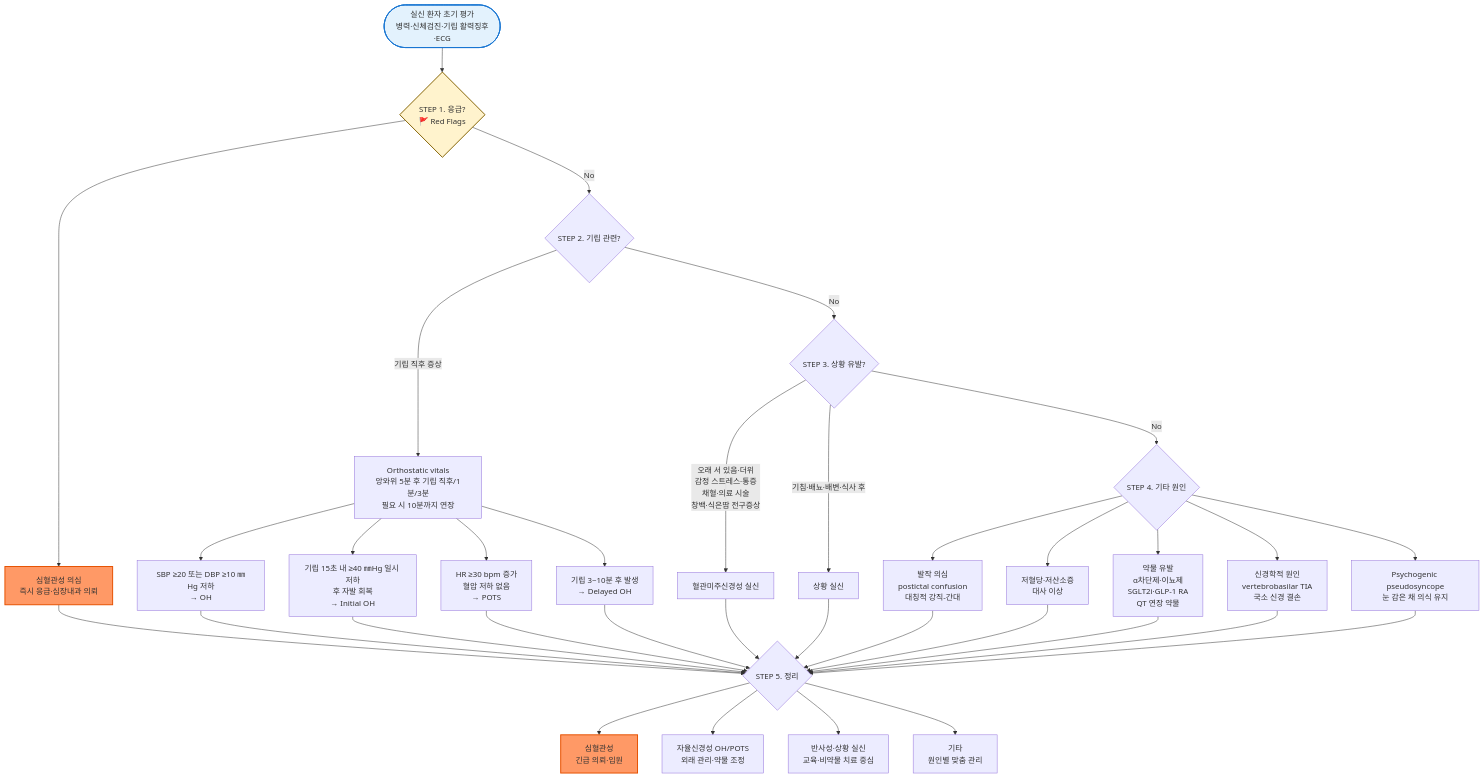
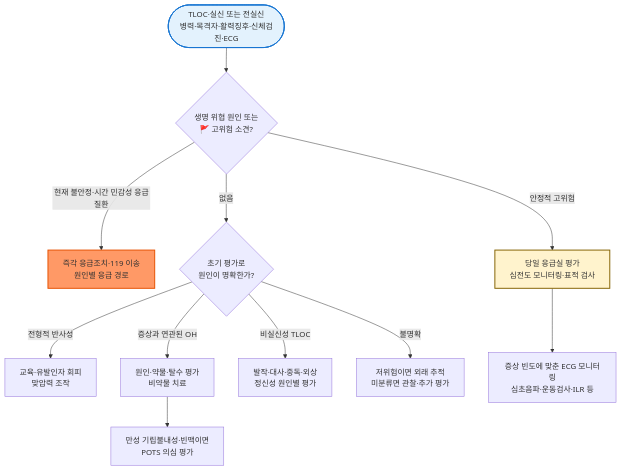
One commit to familyoh77/familyoh77 changed the diagram in 221_/021_-syncope.md. Above: the diagram before and after it, drawn with Mermaid. The commit also changed other lines of this file, not shown here.

````diff
--- a/221_/021_-syncope.md
+++ b/221_/021_-syncope.md
@@ -100,40 +119,16 @@
 ```mermaid
 graph TD
-    Start([실신 환자 초기 평가<br/>병력·신체검진·기립 활력징후·ECG]) --> S1{STEP 1. 응급?<br/>🚩 Red Flags}
-    S1 --> Cardiac[심혈관성 의심<br/>즉시 응급·심장내과 의뢰]
-    S1 -->|No| S2{STEP 2. 기립 관련?}
-    S2 -->|기립 직후 증상| OVital[Orthostatic vitals<br/>앙와위 5분 후 기립 직후/1분/3분<br/>필요 시 10분까지 연장]
-    OVital --> OH_BP[SBP ≥20 또는 DBP ≥10 ㎜Hg 저하<br/>→ OH]
-    OVital --> OH_Init[기립 15초 내 ≥40 ㎜Hg 일시 저하<br/>후 자발 회복<br/>→ Initial OH]
-    OVital --> POTS[HR ≥30 bpm 증가<br/>혈압 저하 없음<br/>→ POTS]
-    OVital --> Delayed[기립 3~10분 후 발생<br/>→ Delayed OH]
-    S2 -->|No| S3{STEP 3. 상황 유발?}
-    S3 -->|오래 서 있음·더위<br/>감정 스트레스·통증<br/>채혈·의료 시술<br/>창백·식은땀 전구증상| Vasovagal[혈관미주신경성 실신]
-    S3 -->|기침·배뇨·배변·식사 후| Situational[상황 실신]
-    S3 -->|No| S4{STEP 4. 기타 원인}
-    S4 --> Seizure[발작 의심<br/>postictal confusion<br/>대칭적 강직-간대]
-    S4 --> Metabolic[저혈당·저산소증<br/>대사 이상]
-    S4 --> Drug[약물 유발<br/>α차단제·이뇨제<br/>SGLT2i·GLP-1 RA<br/>QT 연장 약물]
-    S4 --> Neuro[신경학적 원인<br/>vertebrobasilar TIA<br/>국소 신경 결손]
-    S4 --> Psych[Psychogenic pseudosyncope<br/>눈 감은 채 의식 유지]
-    Cardiac --> Plan{STEP 5. 정리}
-    OH_BP --> Plan
-    OH_Init --> Plan
-    POTS --> Plan
-    Delayed --> Plan
-    Vasovagal --> Plan
-    Situational --> Plan
-    Seizure --> Plan
-    Metabolic --> Plan
-    Drug --> Plan
-    Neuro --> Plan
-    Psych --> Plan
-    Plan --> PlanCardiac[심혈관성<br/>긴급 의뢰·입원]
-    Plan --> PlanAuto[자율신경성 OH/POTS<br/>외래 관리·약물 조정]
-    Plan --> PlanReflex[반사성·상황 실신<br/>교육·비약물 치료 중심]
-    Plan --> PlanOther[기타<br/>원인별 맞춤 관리]
-    style Cardiac fill:#f96,stroke:#e65100,stroke-width:2px
-    style PlanCardiac fill:#f96,stroke:#e65100,stroke-width:2px
-    style S1 fill:#fff3cd,stroke:#856404,stroke-width:2px
+    Start([TLOC·실신 또는 전실신<br/>병력·목격자·활력징후·신체검진·ECG]) --> S1{생명 위협 원인 또는<br/>🚩 고위험 소견?}
+    S1 -->|현재 불안정·시간 민감성 응급질환| Emergency[즉각 응급조치·119 이송<br/>원인별 응급 경로]
+    S1 -->|안정적 고위험| High[당일 응급실 평가<br/>심전도 모니터링·표적 검사]
+    S1 -->|없음| S2{초기 평가로<br/>원인이 명확한가?}
+    S2 -->|전형적 반사성| Reflex[교육·유발인자 회피<br/>맞압력 조작]
+    S2 -->|증상과 연관된 OH| Orthostatic[원인·약물·탈수 평가<br/>비약물 치료]
+    S2 -->|비실신성 TLOC| Other[발작·대사·중독·외상<br/>정신성 원인별 평가]
+    S2 -->|불명확| Observe[저위험이면 외래 추적<br/>미분류면 관찰·추가 평가]
+    Orthostatic --> POTS[만성 기립불내성·빈맥이면<br/>POTS 의심 평가]
+    High --> Monitor[증상 빈도에 맞춘 ECG 모니터링<br/>심초음파·운동검사·ILR 등]
+    style Emergency fill:#f96,stroke:#e65100,stroke-width:2px
+    style High fill:#fff3cd,stroke:#856404,stroke-width:2px
     style Start fill:#e3f2fd,stroke:#1976d2,stroke-width:2px
 ```
````
